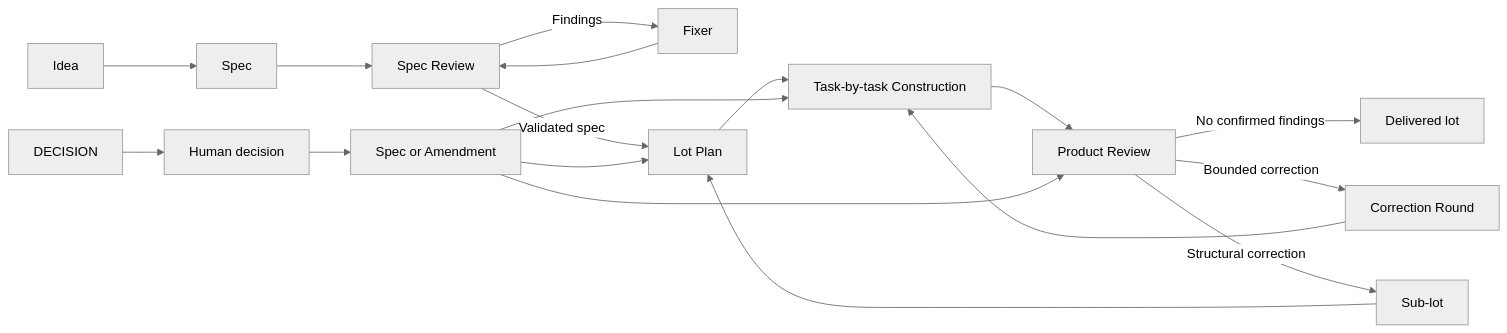
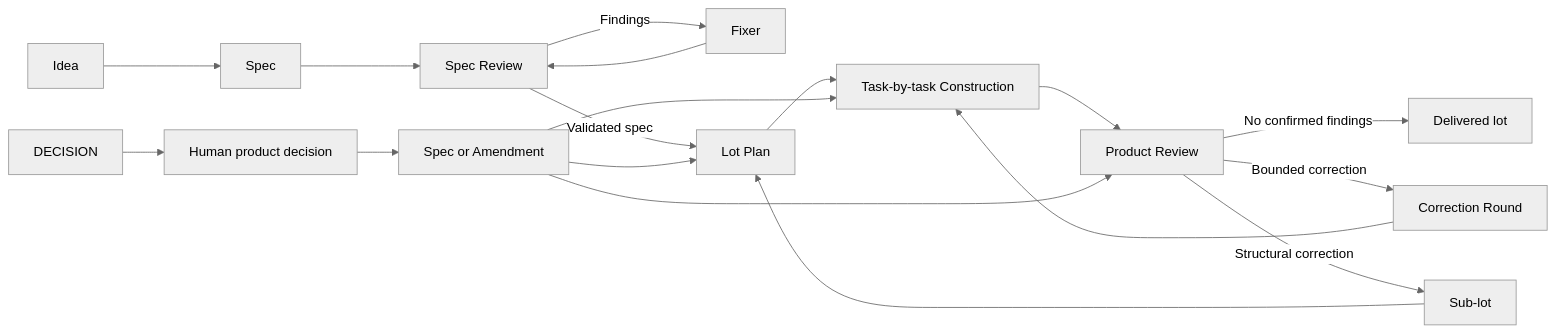
Before and after one commit to twidi/build-with-review-skill: the diagram in PHILOSOPHY.md, drawn with Mermaid (neutral theme). The commit also changed other lines of this file and 36 other files, not shown here.

````diff
--- a/PHILOSOPHY.md
+++ b/PHILOSOPHY.md
@@ -9,24 +9,24 @@
 ```mermaid
 flowchart LR
     A[Idea] --> B[Spec]
     B --> C[Spec Review]
     C -->|Findings| D[Fixer]
     D --> C
     C -->|Validated spec| E[Lot Plan]
 
     E --> F[Task-by-task Construction]
     F --> G[Product Review]
 
     G -->|No confirmed findings| H[Delivered lot]
     G -->|Bounded correction| I[Correction Round]
     G -->|Structural correction| J[Sub-lot]
 
     I --> F
     J --> E
 
-    K[DECISION] --> L[Human decision]
+    K[DECISION] --> L[Human product decision]
     L --> M[Spec or Amendment]
     M --> E
     M --> F
     M --> G
 ```
````
